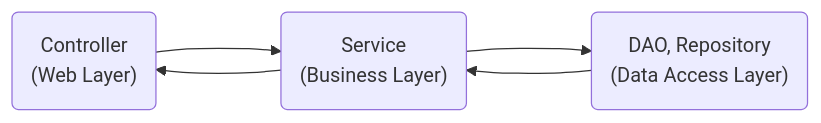
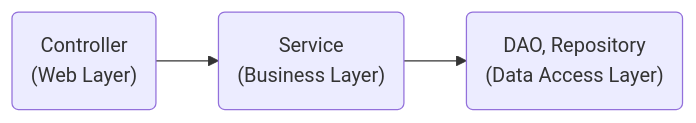
The diagram in clean-architecture.md (m3252/clean-architecture), drawn with Mermaid before and after one commit. The commit also changed other lines of this file and 2 other files, not shown here.

````diff
--- a/clean-architecture.md
+++ b/clean-architecture.md
@@ -14,6 +14,4 @@
 ```mermaid
 flowchart LR
   A("Controller <br>(Web Layer)") --> B("Service <br>(Business Layer)") --> C("DAO, Repository <br>(Data Access Layer)");
-  B ---> A;
-  C ---> B;
 ``` 
````
